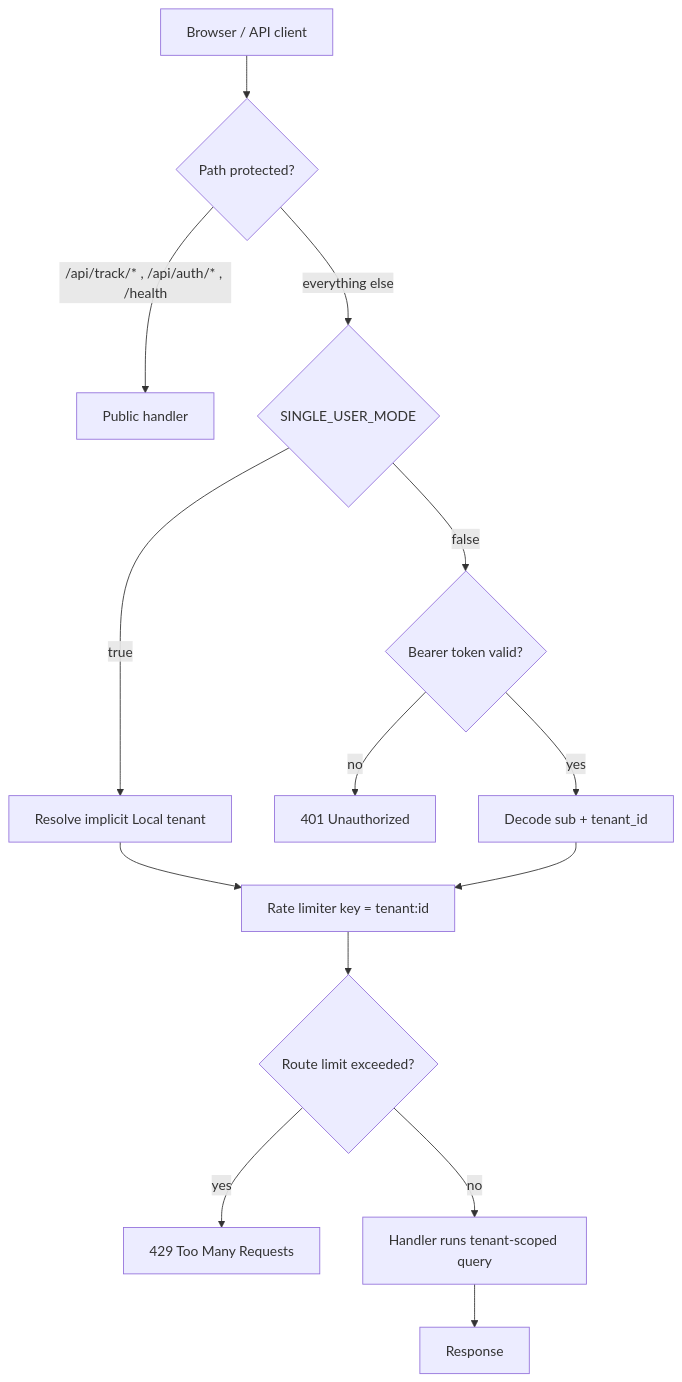
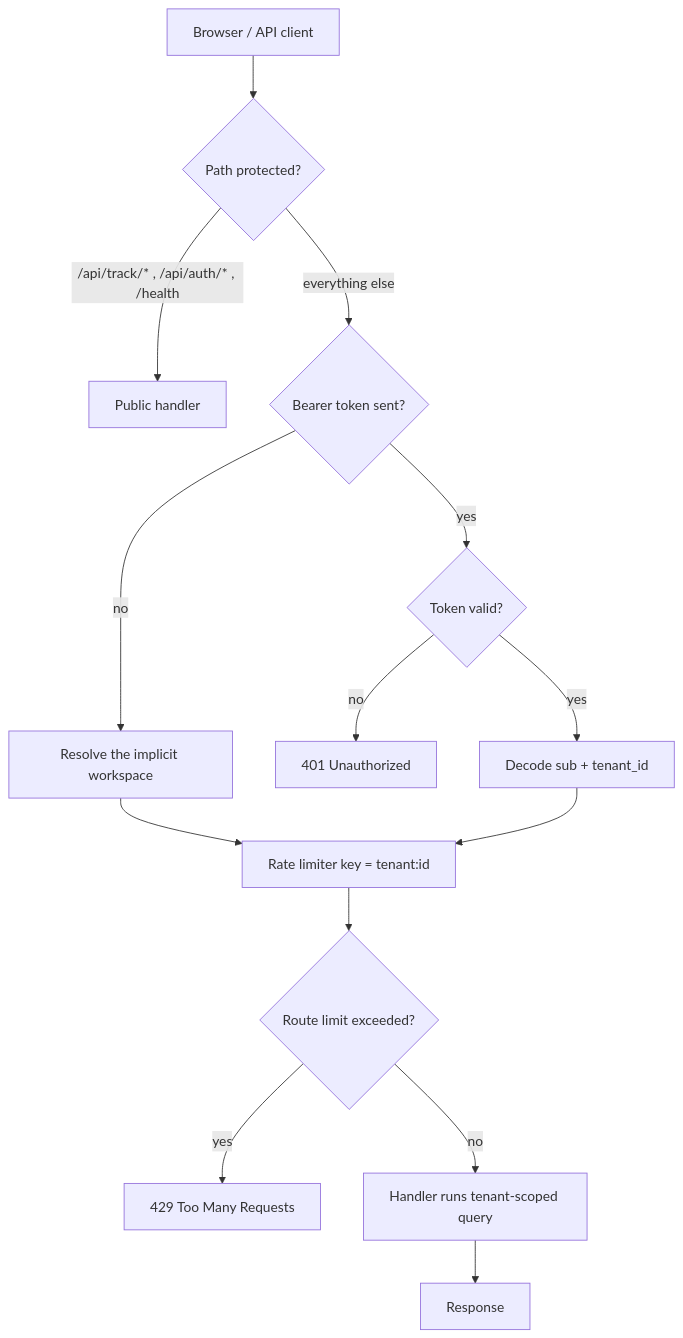
Before and after one commit to SurbhiMishra28/Email-Orchestrator-Agent: the first of 11 diagrams in docs/FLOWS.md, drawn with Mermaid. The commit also changed other lines of this file and 37 other files, not shown here.

````diff
--- a/docs/FLOWS.md
+++ b/docs/FLOWS.md
@@ -12,16 +12,16 @@
 ```mermaid
 flowchart TD
     A[Browser / API client] --> B{Path protected?}
     B -- "/api/track/* , /api/auth/* , /health" --> C[Public handler]
-    B -- everything else --> D{SINGLE_USER_MODE}
-    D -- true --> E[Resolve implicit Local tenant]
-    D -- false --> F{Bearer token valid?}
+    B -- everything else --> D{Bearer token sent?}
+    D -- no --> E[Resolve the implicit workspace]
+    D -- yes --> F{Token valid?}
     F -- no --> G[401 Unauthorized]
     F -- yes --> H[Decode sub + tenant_id]
     E --> I[Rate limiter key = tenant:id]
     H --> I
     I --> J{Route limit exceeded?}
     J -- yes --> K[429 Too Many Requests]
     J -- no --> L[Handler runs tenant-scoped query]
     L --> M[Response]
 ```
````
